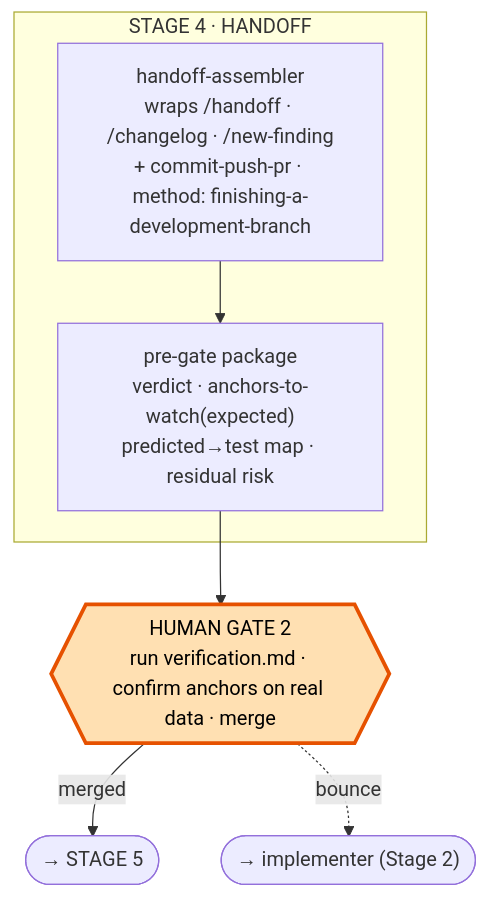
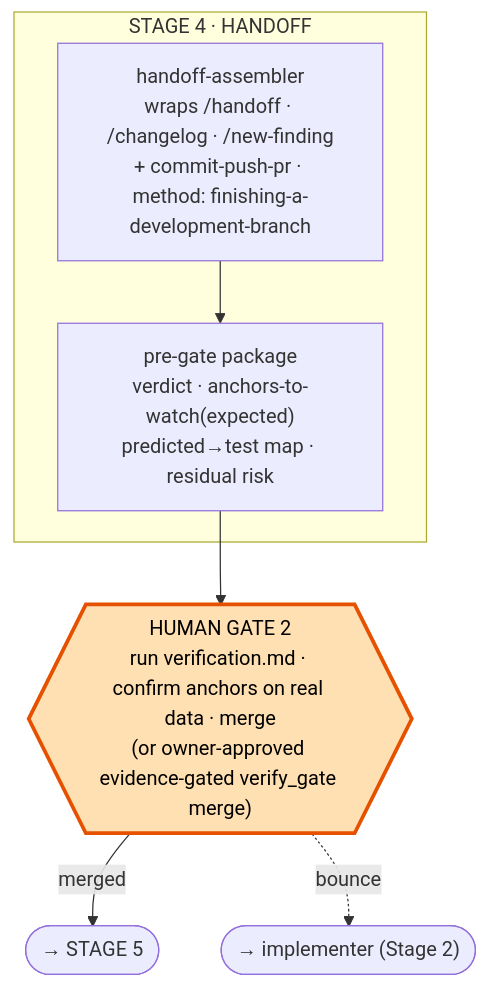
One commit to vidalcastaneda12-source/DNA_Insights_V1 changed the sixth of 8 diagrams in docs/findings/finding-034-agent-team-plan-phase.md. Above: the diagram before and after it, drawn with Mermaid. The commit also changed other lines of this file and 8 other files, not shown here.

````diff
--- a/docs/findings/finding-034-agent-team-plan-phase.md
+++ b/docs/findings/finding-034-agent-team-plan-phase.md
@@ -1272,12 +1273,12 @@
 ```mermaid
 flowchart TD
     subgraph S4["STAGE 4 · HANDOFF"]
         HA["handoff-assembler<br/>wraps /handoff · /changelog · /new-finding<br/>+ commit-push-pr · method: finishing-a-development-branch"]
         HA --> PKG["pre-gate package<br/>verdict · anchors-to-watch(expected)<br/>predicted→test map · residual risk"]
     end
-    PKG --> G2{{"HUMAN GATE 2<br/>run verification.md · confirm anchors on real data · merge"}}
+    PKG --> G2{{"HUMAN GATE 2<br/>run verification.md · confirm anchors on real data · merge<br/>(or owner-approved evidence-gated verify_gate merge)"}}
     G2 -->|merged| COUT(["→ STAGE 5"])
     G2 -.->|bounce| BOUT(["→ implementer (Stage 2)"])
     classDef gate fill:#ffe0b2,stroke:#e65100,stroke-width:3px,color:#000;
     class G2 gate;
 ```
````
